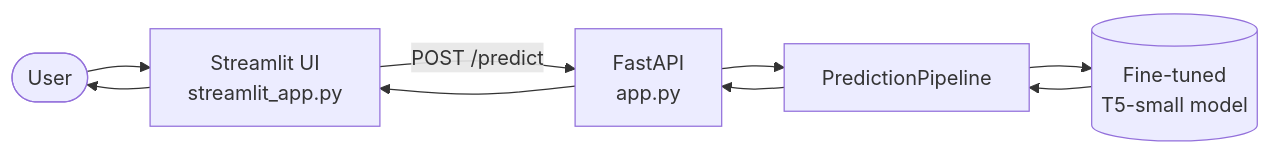
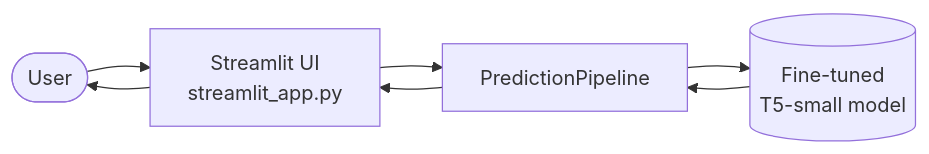
One commit to engSalah-dot/Text-Summarization changed the first of 2 diagrams in Readme.md. Above: the diagram before and after it, drawn with Mermaid. The commit also changed other lines of this file, not shown here.

````diff
--- a/Readme.md
+++ b/Readme.md
@@ -79,8 +76,7 @@
 ```mermaid
 flowchart LR
     U([User]) --> S[Streamlit UI<br/>streamlit_app.py]
-    S -- "POST /predict" --> A[FastAPI<br/>app.py]
-    A --> P[PredictionPipeline]
+    S --> P[PredictionPipeline]
     P --> M[(Fine-tuned<br/>T5-small model)]
-    M --> P --> A --> S --> U
+    M --> P --> S --> U
 ```
````
